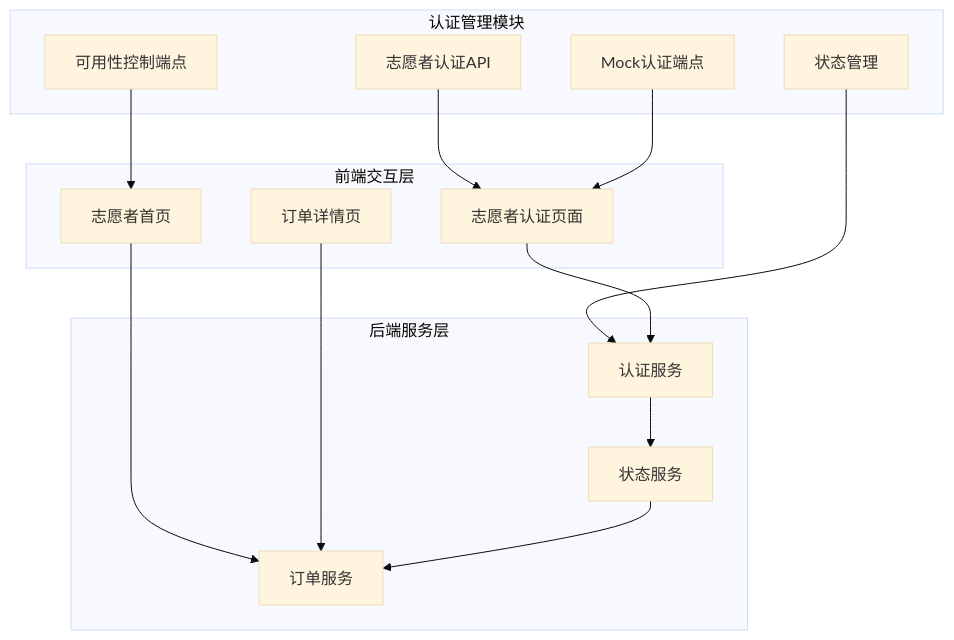
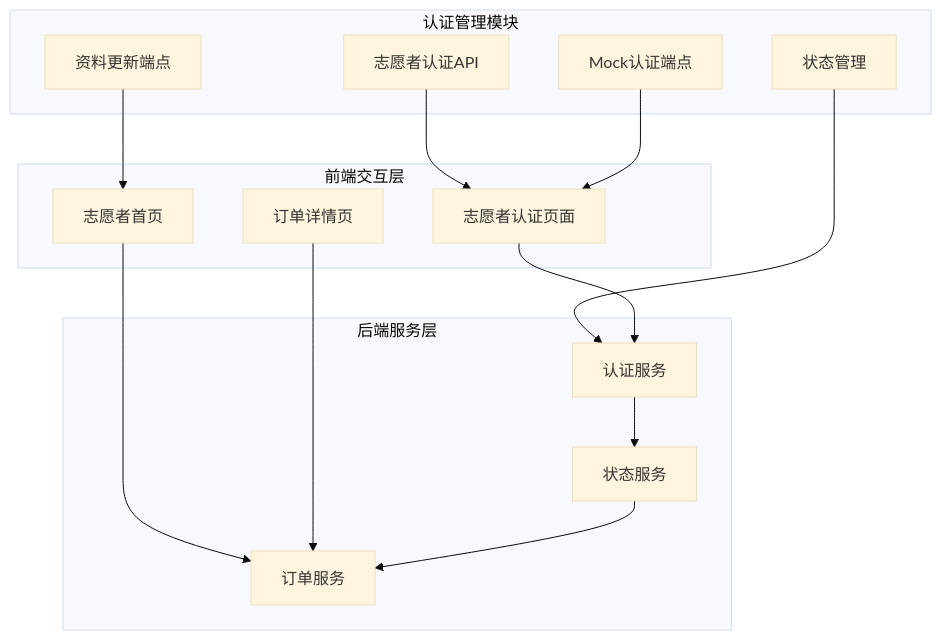
The first of 15 diagrams in .qoder/repowiki/zh/content/核心功能模块/志愿者功能/志愿者认证管理.md (Jayden23018/blind-run-ios), drawn with Mermaid (base theme) before and after one commit. The commit also changed other lines of this file and 22 other files, not shown here.

````diff
--- a/.qoder/repowiki/zh/content/核心功能模块/志愿者功能/志愿者认证管理.md
+++ b/.qoder/repowiki/zh/content/核心功能模块/志愿者功能/志愿者认证管理.md
@@ -63,28 +67,28 @@
 ```mermaid
 graph TB
 subgraph "认证管理模块"
 A[志愿者认证API]
 B[Mock认证端点]
-C[可用性控制端点]
+C[资料更新端点]
 D[状态管理]
 end
 subgraph "前端交互层"
 E[志愿者认证页面]
 F[志愿者首页]
 G[订单详情页]
 end
 subgraph "后端服务层"
 H[认证服务]
 I[状态服务]
 J[订单服务]
 end
 A --> E
 B --> E
 C --> F
 D --> H
 E --> H
 F --> J
 G --> J
 H --> I
 I --> J
 ```
````
